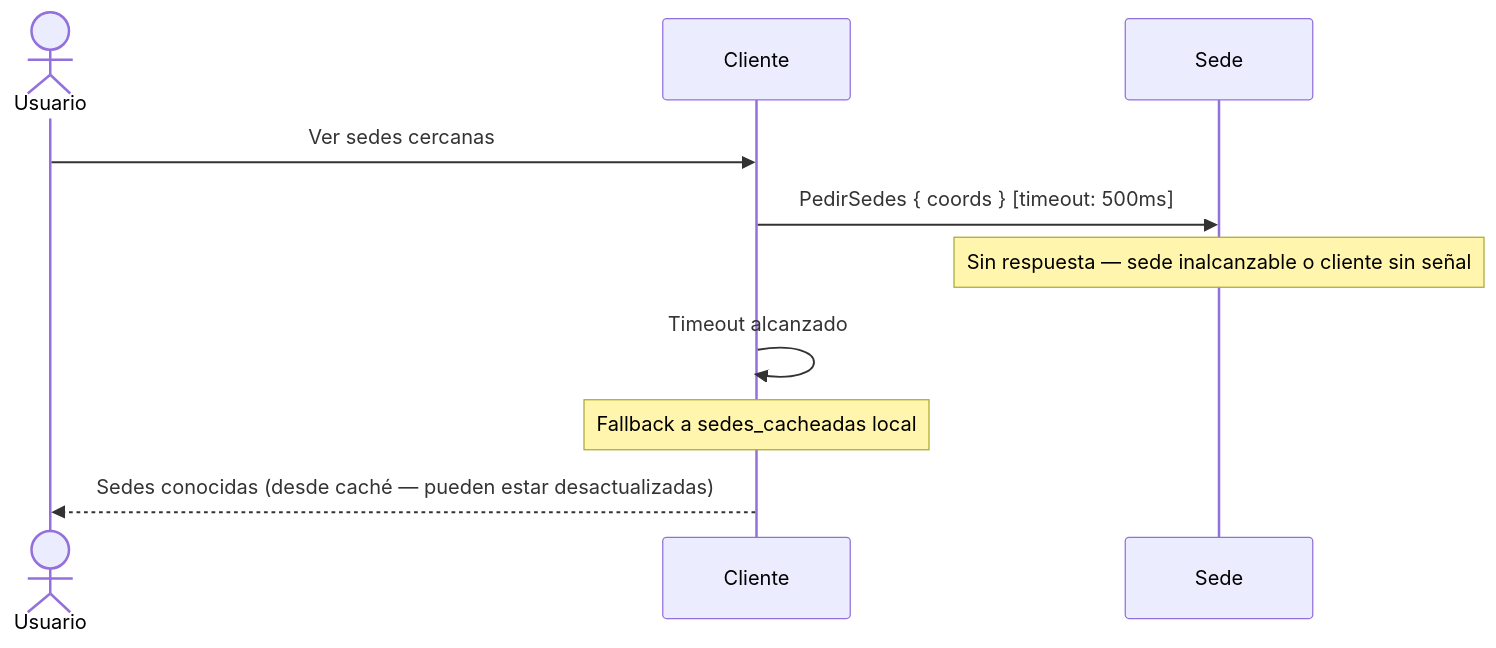
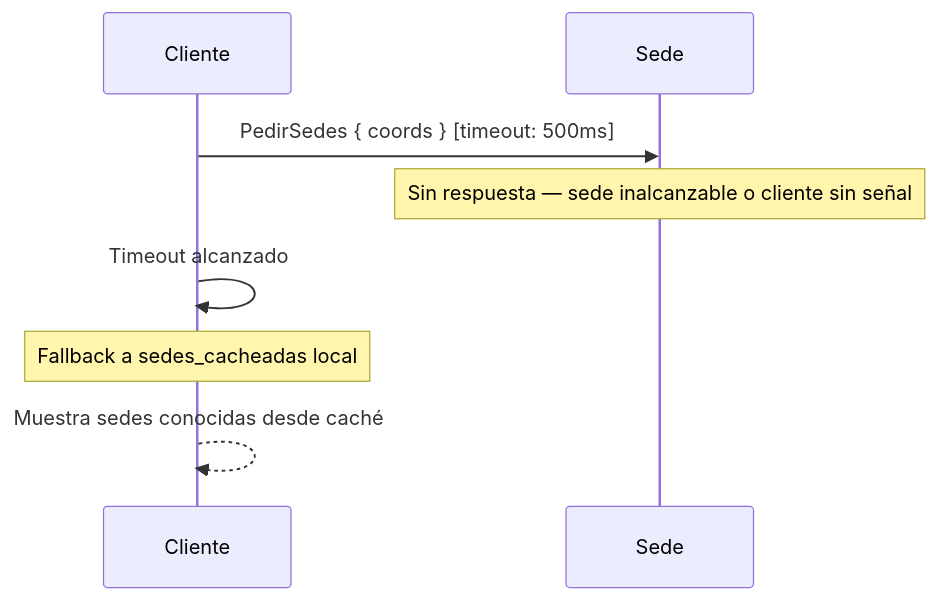
One commit to Jmenechian/distributed-bike-sharing changed the ninth of 15 diagrams in README.md. Above: the diagram before and after it, drawn with Mermaid. The commit also changed other lines of this file, not shown here.

````diff
--- a/README.md
+++ b/README.md
@@ -746,13 +1295,11 @@
 ```mermaid
 sequenceDiagram
-    actor Usuario
     participant Cliente
     participant Sede
- 
-    Usuario->>Cliente: Ver sedes cercanas
+
     Cliente->>Sede: PedirSedes { coords } [timeout: 500ms]
     Note over Sede: Sin respuesta — sede inalcanzable o cliente sin señal
     Cliente->>Cliente: Timeout alcanzado
     Note over Cliente: Fallback a sedes_cacheadas local
-    Cliente-->>Usuario: Sedes conocidas (desde caché — pueden estar desactualizadas)
+    Cliente-->>Cliente: Muestra sedes conocidas desde caché
 ```
````
